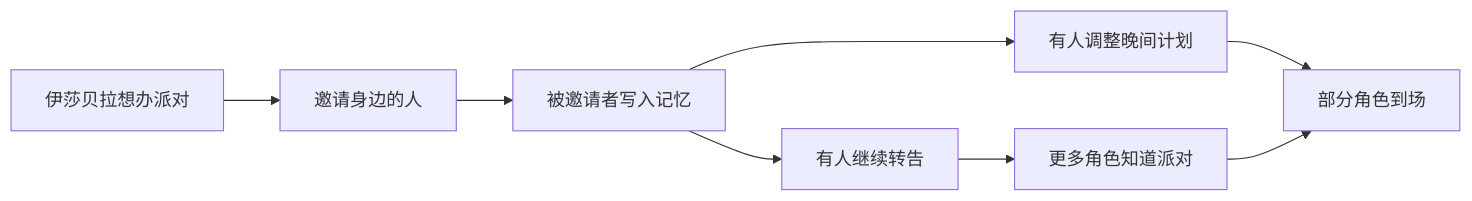
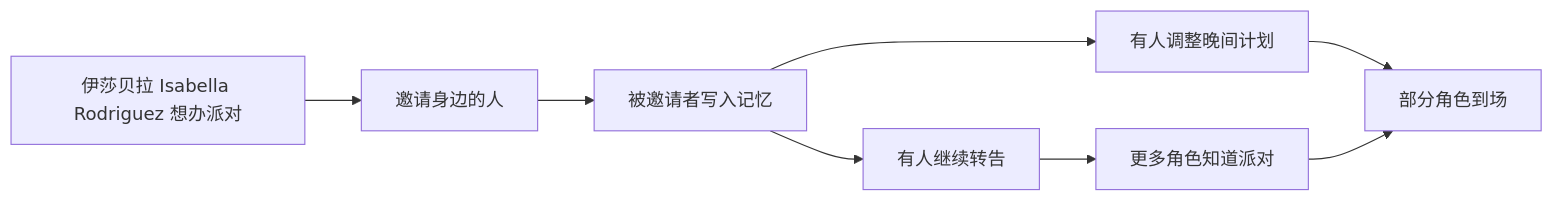
Before and after one commit to tbkken/GenerativeAgentsCN: the second of 2 diagrams in docs/book/manuscript/part_01/chapter_03.md, drawn with Mermaid. The commit also changed other lines of this file and 51 other files, not shown here.

````diff
--- a/docs/book/manuscript/part_01/chapter_03.md
+++ b/docs/book/manuscript/part_01/chapter_03.md
@@ -87,10 +132,10 @@
 ```mermaid
 flowchart LR
-    Intention["伊莎贝拉想办派对"] --> Invite1["邀请身边的人"]
+    Intention["伊莎贝拉 Isabella Rodriguez 想办派对"] --> Invite1["邀请身边的人"]
     Invite1 --> Memory["被邀请者写入记忆"]
     Memory --> Forward["有人继续转告"]
     Memory --> Plan["有人调整晚间计划"]
     Forward --> Wider["更多角色知道派对"]
     Plan --> Attend["部分角色到场"]
     Wider --> Attend
 ```
````
